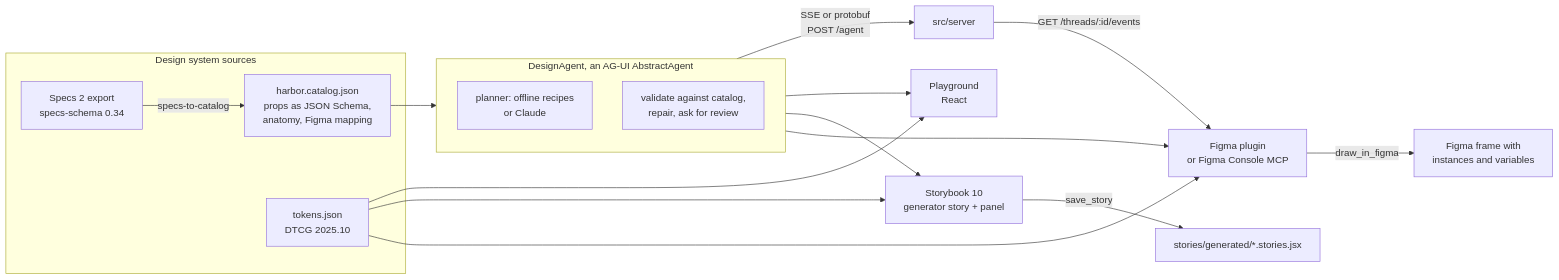
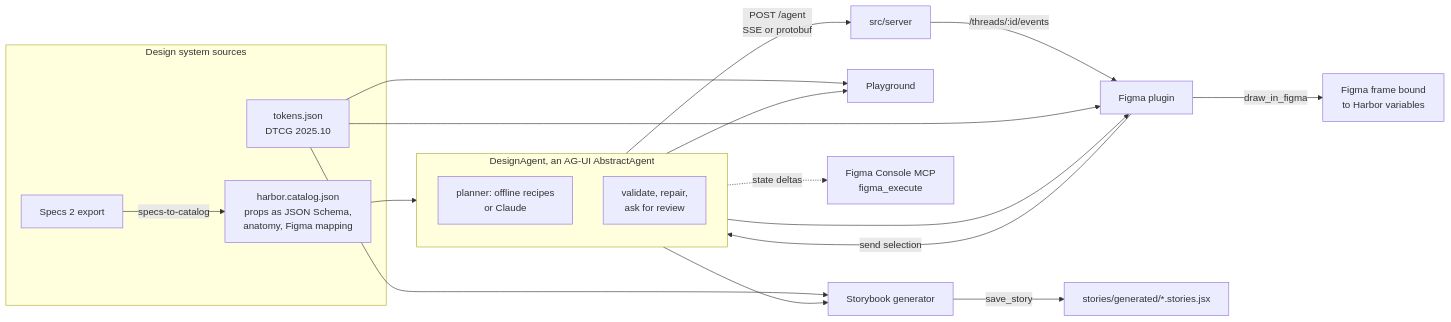
One commit to kaelig/state-of-ai-in-design-systems changed the diagram in labs/ag-ui/README.md. Above: the diagram before and after it, drawn with Mermaid. The commit also changed other lines of this file and 6 other files, not shown here.

````diff
--- a/labs/ag-ui/README.md
+++ b/labs/ag-ui/README.md
@@ -45,22 +40,24 @@
 ```mermaid
 flowchart LR
-  subgraph DS[Design system sources]
+  subgraph Sources[Design system sources]
     CAT[harbor.catalog.json<br/>props as JSON Schema,<br/>anatomy, Figma mapping]
     TOK[tokens.json<br/>DTCG 2025.10]
-    SPECS[Specs 2 export<br/>specs-schema 0.34]
+    SPECS[Specs 2 export]
   end
   SPECS -->|specs-to-catalog| CAT
   CAT --> AGENT
   subgraph AGENT[DesignAgent, an AG-UI AbstractAgent]
     PLAN[planner: offline recipes<br/>or Claude]
-    VAL[validate against catalog,<br/>repair, ask for review]
+    VAL[validate, repair,<br/>ask for review]
   end
-  AGENT -->|SSE or protobuf<br/>POST /agent| SERVER[src/server]
-  SERVER -->|GET /threads/:id/events| FIGMA
-  AGENT --> PLAY[Playground<br/>React]
-  AGENT --> SB[Storybook 10<br/>generator story + panel]
-  AGENT --> FIGMA[Figma plugin<br/>or Figma Console MCP]
+  AGENT -->|POST /agent<br/>SSE or protobuf| SERVER[src/server]
+  SERVER -->|/threads/:id/events| FIGMA
+  AGENT --> PLAY[Playground]
+  AGENT --> SB[Storybook generator]
+  AGENT --> FIGMA[Figma plugin]
+  AGENT -.->|state deltas| FCM[Figma Console MCP<br/>figma_execute]
   TOK --> PLAY & SB & FIGMA
   SB -->|save_story| CSF[stories/generated/*.stories.jsx]
-  FIGMA -->|draw_in_figma| CANVAS[Figma frame with<br/>instances and variables]
+  FIGMA -->|draw_in_figma| CANVAS[Figma frame bound<br/>to Harbor variables]
+  FIGMA -->|send selection| AGENT
 ```
````
